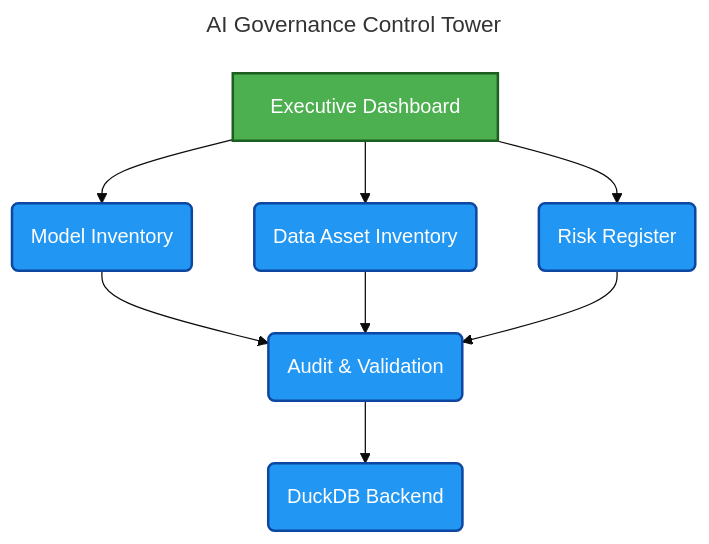
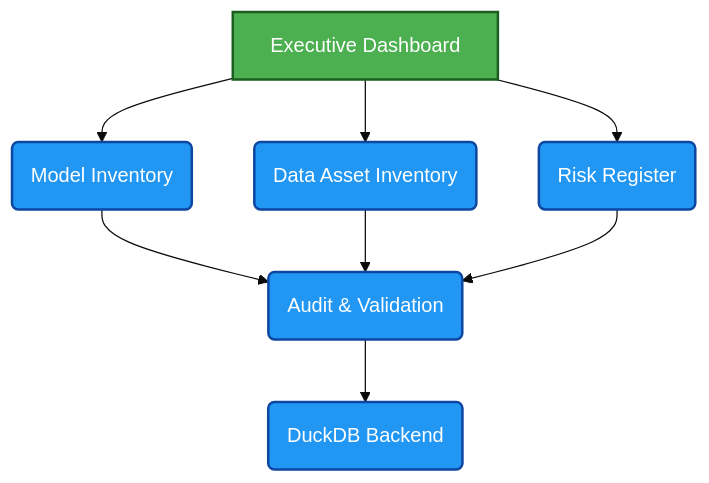
One commit to vrrgithub1/ai-governance-control-tower changed the diagram in README.md. Above: the diagram before and after it, drawn with Mermaid (base theme). The commit also changed other lines of this file and 3 other files, not shown here.

````diff
--- a/README.md
+++ b/README.md
@@ -9,20 +21,18 @@
 ```mermaid
----
-title: AI Governance Control Tower
----
 graph TD;
+
     classDef process fill:#2196F3,stroke:#0D47A1,stroke-width:2px,color:#fff;
     classDef entity fill:#4CAF50,stroke:#1B5E20,stroke-width:2px,color:#fff;
     
     Dash[Executive Dashboard]:::entity --> MI(Model Inventory):::process;
     Dash[Executive Dashboard]:::entity --> DAI(Data Asset Inventory):::process;
     Dash[Executive Dashboard]:::entity --> RR(Risk Register):::process;
 
     MI(Model Inventory):::process --> AV("Audit & Validation"):::process;
     DAI(Data Asset Inventory):::process --> AV("Audit & Validation"):::process;
     RR(Risk Register):::process --> AV("Audit & Validation"):::process;
 
     AV("Audit & Validation"):::process --> DB("DuckDB Backend"):::process;
 
 
 ```
````
